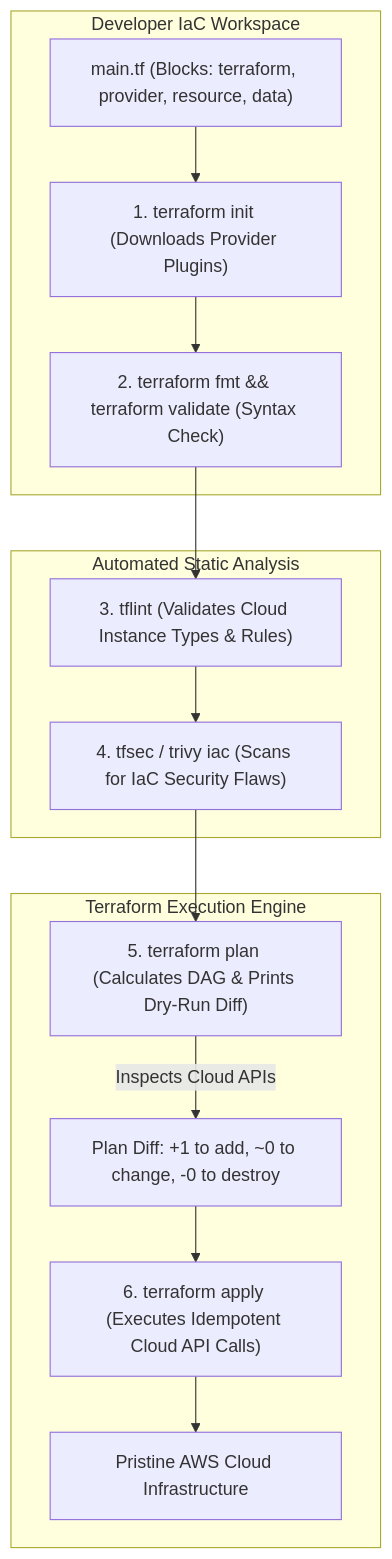
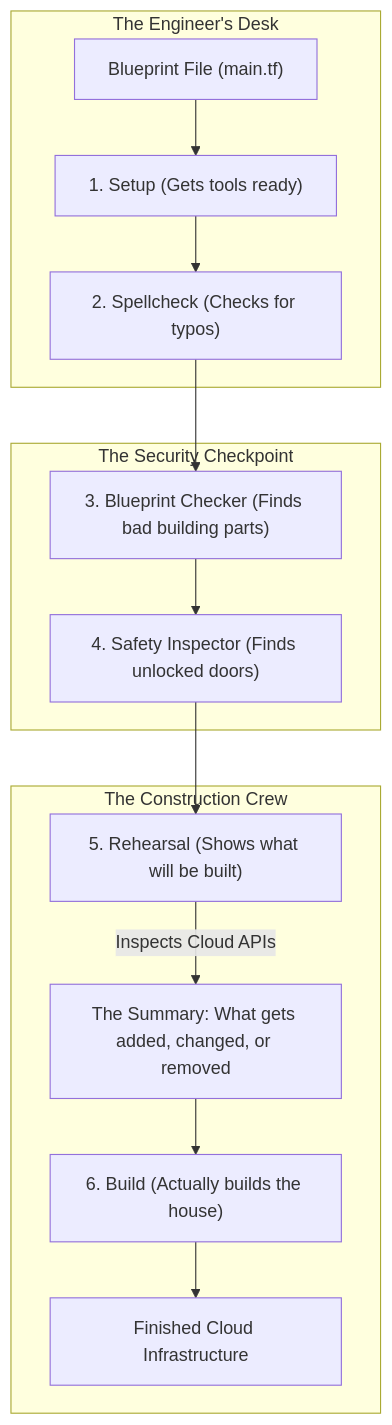
Before and after one commit to aloysiuspattath/platform-engineering-ai-course: the diagram in website/pages/modules/module-08/lesson-01.md, drawn with Mermaid. The commit also changed other lines of this file and 56 other files, not shown here.

Commit message:
refactor: simplify all architecture diagrams and explanations to layman's terms via AI subagent swarm

````diff
--- a/website/pages/modules/module-08/lesson-01.md
+++ b/website/pages/modules/module-08/lesson-01.md
@@ -120,19 +122,19 @@
 ```mermaid
 flowchart TD
-    subgraph DeveloperWorkspace [Developer IaC Workspace]
-        HCL["main.tf (Blocks: terraform, provider, resource, data)"] --> INIT["1. terraform init (Downloads Provider Plugins)"]
-        INIT --> FMT["2. terraform fmt && terraform validate (Syntax Check)"]
+    subgraph DeveloperWorkspace [The Engineer's Desk]
+        HCL["Blueprint File (main.tf)"] --> INIT["1. Setup (Gets tools ready)"]
+        INIT --> FMT["2. Spellcheck (Checks for typos)"]
     end
 
-    subgraph SecurityGate [Automated Static Analysis]
-        FMT --> TFLINT["3. tflint (Validates Cloud Instance Types & Rules)"]
-        TFLINT --> TFSEC["4. tfsec / trivy iac (Scans for IaC Security Flaws)"]
+    subgraph SecurityGate [The Security Checkpoint]
+        FMT --> TFLINT["3. Blueprint Checker (Finds bad building parts)"]
+        TFLINT --> TFSEC["4. Safety Inspector (Finds unlocked doors)"]
     end
 
-    subgraph ExecutionEngine [Terraform Execution Engine]
-        TFSEC --> PLAN["5. terraform plan (Calculates DAG & Prints Dry-Run Diff)"]
-        PLAN -->|Inspects Cloud APIs| DIFF["Plan Diff: +1 to add, ~0 to change, -0 to destroy"]
-        DIFF --> APPLY["6. terraform apply (Executes Idempotent Cloud API Calls)"]
-        APPLY --> CLOUD["Pristine AWS Cloud Infrastructure"]
+    subgraph ExecutionEngine [The Construction Crew]
+        TFSEC --> PLAN["5. Rehearsal (Shows what will be built)"]
+        PLAN -->|Inspects Cloud APIs| DIFF["The Summary: What gets added, changed, or removed"]
+        DIFF --> APPLY["6. Build (Actually builds the house)"]
+        APPLY --> CLOUD["Finished Cloud Infrastructure"]
     end
 ```
````
